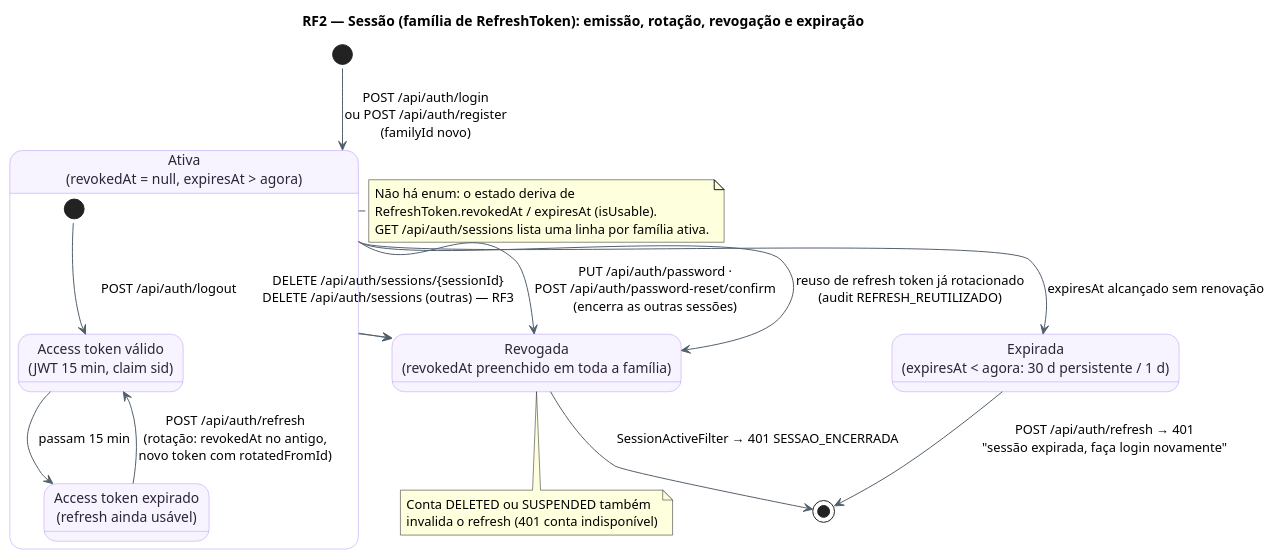
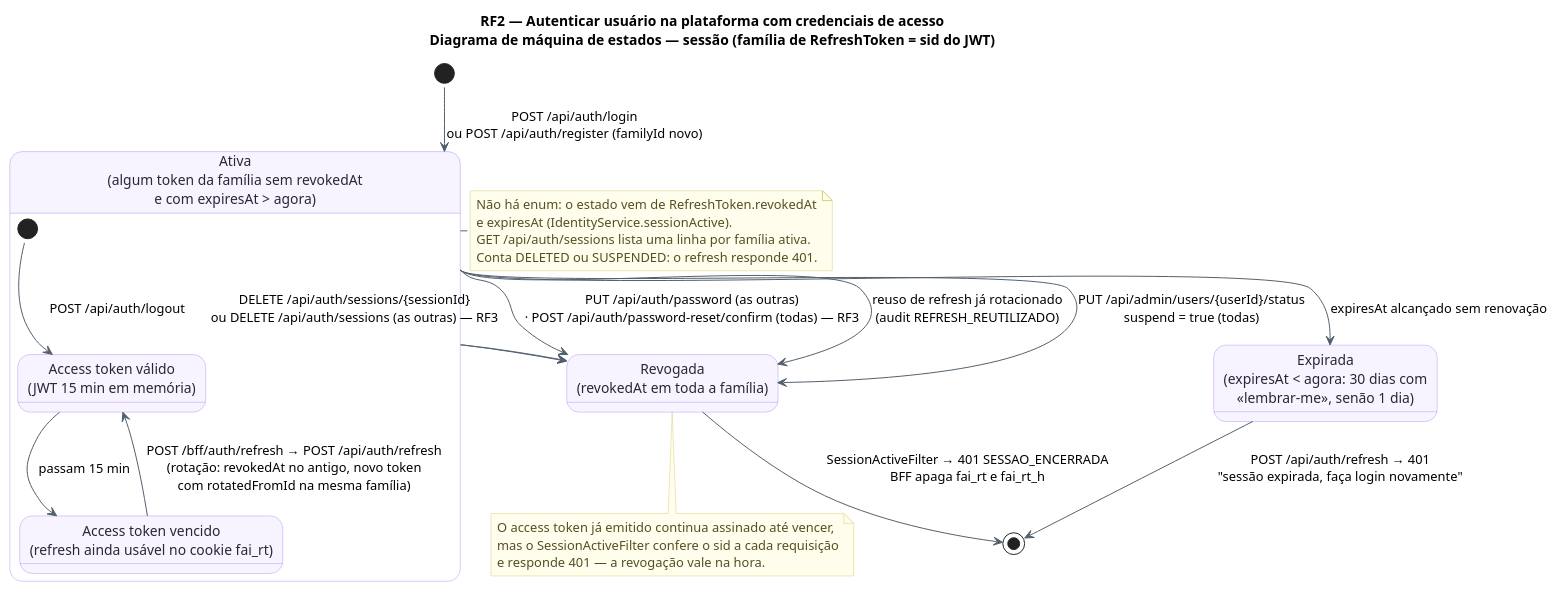
Before and after one commit to MatheusHaliski/tcc-2026-fashion-ai-backend: the diagram in docs/diagramas/RF2/RF2-maquinadeestados-sessao.puml, drawn with PlantUML. The commit also changed 312 other files, not shown here.

First line of the commit message:
Diagramas UML: reescrita pelo código atual (parte 1)

```diff
--- a/docs/diagramas/RF2/RF2-maquinadeestados-sessao.puml
+++ b/docs/diagramas/RF2/RF2-maquinadeestados-sessao.puml
@@ -1,39 +1,47 @@
 @startuml RF2_MaquinaDeEstados_Sessao
 !pragma layout smetana
-title RF2 — Sessão (família de RefreshToken): emissão, rotação, revogação e expiração
+title RF2 — Autenticar usuário na plataforma com credenciais de acesso\nDiagrama de máquina de estados — sessão (família de RefreshToken = sid do JWT)
 skinparam backgroundColor #FFFFFF
 skinparam state {
   BackgroundColor #F8F4FF
   BorderColor #B695F5
   FontColor #2D2438
   ArrowColor #52606D
 }
-state "Ativa\n(revokedAt = null, expiresAt > agora)" as Ativa {
-  state "Access token válido\n(JWT 15 min, claim sid)" as AccessOk
-  state "Access token expirado\n(refresh ainda usável)" as AccessExp
+skinparam note {
+  BackgroundColor #FFFDEB
+  BorderColor #D8CE78
+  FontColor #554F24
+}
+state "Ativa\n(algum token da família sem revokedAt\ne com expiresAt > agora)" as Ativa {
+  state "Access token válido\n(JWT 15 min em memória)" as AccessOk
+  state "Access token vencido\n(refresh ainda usável no cookie fai_rt)" as AccessExp
   [*] --> AccessOk
   AccessOk --> AccessExp : passam 15 min
-  AccessExp --> AccessOk : POST /api/auth/refresh\n(rotação: revokedAt no antigo,\nnovo token com rotatedFromId)
+  AccessExp --> AccessOk : POST /bff/auth/refresh → POST /api/auth/refresh\n(rotação: revokedAt no antigo, novo token\ncom rotatedFromId na mesma família)
 }
-state "Revogada\n(revokedAt preenchido em toda a família)" as Revogada
-state "Expirada\n(expiresAt < agora: 30 d persistente / 1 d)" as Expirada
+state "Revogada\n(revokedAt em toda a família)" as Revogada
+state "Expirada\n(expiresAt < agora: 30 dias com\n«lembrar-me», senão 1 dia)" as Expirada
 
-[*] --> Ativa : POST /api/auth/login\nou POST /api/auth/register\n(familyId novo)
+[*] --> Ativa : POST /api/auth/login\nou POST /api/auth/register (familyId novo)
 Ativa --> Revogada : POST /api/auth/logout
-Ativa --> Revogada : DELETE /api/auth/sessions/{sessionId}\nDELETE /api/auth/sessions (outras) — RF3
-Ativa --> Revogada : PUT /api/auth/password ·\nPOST /api/auth/password-reset/confirm\n(encerra as outras sessões)
-Ativa --> Revogada : reuso de refresh token já rotacionado\n(audit REFRESH_REUTILIZADO)
+Ativa --> Revogada : DELETE /api/auth/sessions/{sessionId}\nou DELETE /api/auth/sessions (as outras) — RF3
+Ativa --> Revogada : PUT /api/auth/password (as outras)\n· POST /api/auth/password-reset/confirm (todas) — RF3
+Ativa --> Revogada : reuso de refresh já rotacionado\n(audit REFRESH_REUTILIZADO)
+Ativa --> Revogada : PUT /api/admin/users/{userId}/status\nsuspend = true (todas)
 Ativa --> Expirada : expiresAt alcançado sem renovação
-Revogada --> [*] : SessionActiveFilter → 401 SESSAO_ENCERRADA
+Revogada --> [*] : SessionActiveFilter → 401 SESSAO_ENCERRADA\nBFF apaga fai_rt e fai_rt_h
 Expirada --> [*] : POST /api/auth/refresh → 401\n"sessão expirada, faça login novamente"
 
 note right of Ativa
-  Não há enum: o estado deriva de
-  RefreshToken.revokedAt / expiresAt (isUsable).
+  Não há enum: o estado vem de RefreshToken.revokedAt
+  e expiresAt (IdentityService.sessionActive).
   GET /api/auth/sessions lista uma linha por família ativa.
+  Conta DELETED ou SUSPENDED: o refresh responde 401.
 end note
 note bottom of Revogada
-  Conta DELETED ou SUSPENDED também
-  invalida o refresh (401 conta indisponível)
+  O access token já emitido continua assinado até vencer,
+  mas o SessionActiveFilter confere o sid a cada requisição
+  e responde 401 — a revogação vale na hora.
 end note
 @enduml
```
